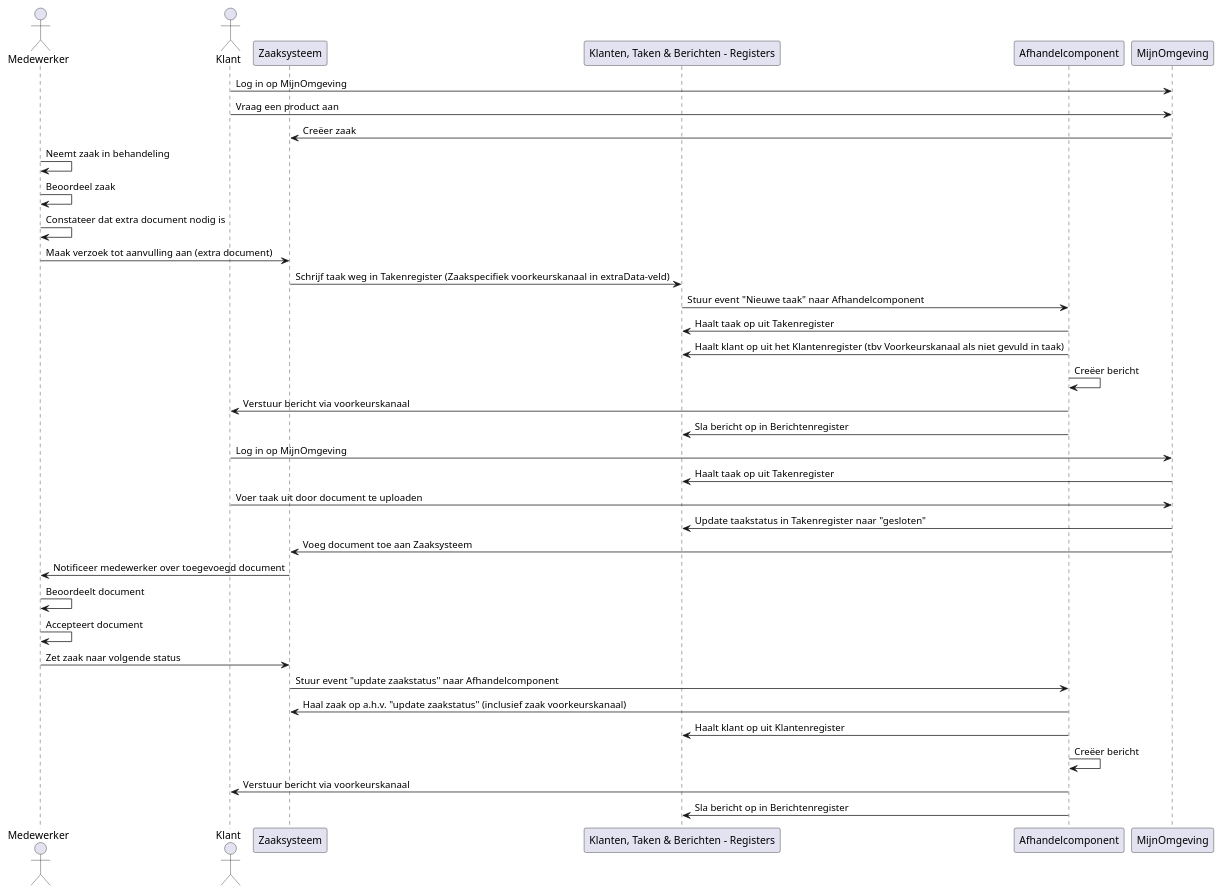
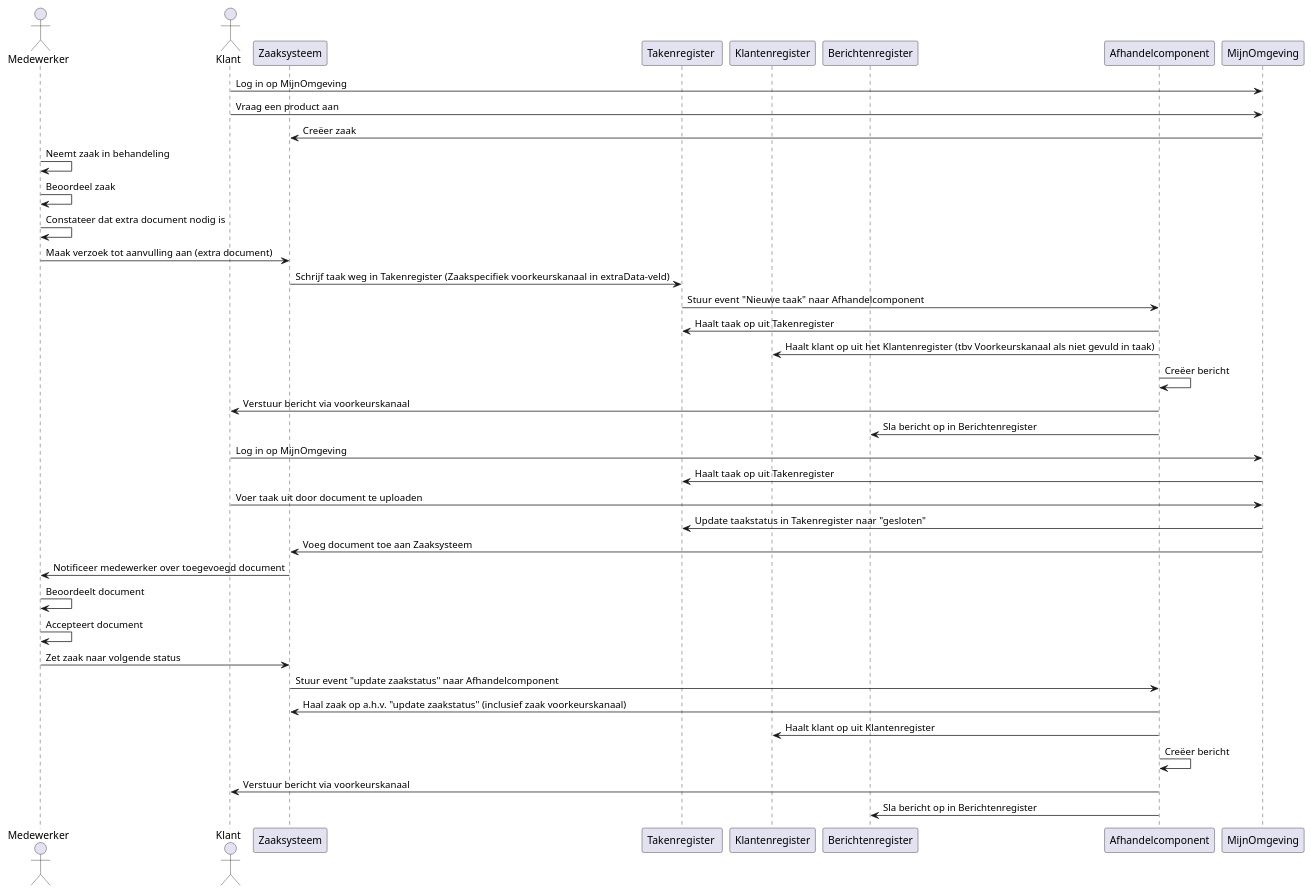
Before and after one commit to CommonGateway/CustomerInteractionBundle: the diagram in docs/taak_uitgebreid.puml, drawn with PlantUML.

Commit message:
Update taak_uitgebreid.puml
Adjusted the flow in seperate registers and not 1.

```diff
--- a/docs/taak_uitgebreid.puml
+++ b/docs/taak_uitgebreid.puml
@@ -1,42 +1,44 @@
 @startuml
 actor Medewerker
 actor Klant
 participant Zaaksysteem
-participant KTB as "Klanten, Taken & Berichten - Registers"
+participant KTB as "Takenregister "
+participant Klanten as "Klantenregister"
+participant Berichten as "Berichtenregister"
 participant "Afhandelcomponent"
 participant MijnOmgeving
 
 Klant -> MijnOmgeving: Log in op MijnOmgeving
 Klant -> MijnOmgeving: Vraag een product aan
 MijnOmgeving -> Zaaksysteem: Creëer zaak
 Medewerker -> Medewerker: Neemt zaak in behandeling
 Medewerker -> Medewerker: Beoordeel zaak
 Medewerker -> Medewerker: Constateer dat extra document nodig is
 
 Medewerker -> Zaaksysteem: Maak verzoek tot aanvulling aan (extra document)
 Zaaksysteem -> KTB: Schrijf taak weg in Takenregister (Zaakspecifiek voorkeurskanaal in extraData-veld)
 KTB -> "Afhandelcomponent": Stuur event "Nieuwe taak" naar Afhandelcomponent
 "Afhandelcomponent" -> KTB: Haalt taak op uit Takenregister 
-"Afhandelcomponent" -> KTB: Haalt klant op uit het Klantenregister (tbv Voorkeurskanaal als niet gevuld in taak)
+"Afhandelcomponent" -> Klanten: Haalt klant op uit het Klantenregister (tbv Voorkeurskanaal als niet gevuld in taak)
 "Afhandelcomponent" -> "Afhandelcomponent": Creëer bericht
 "Afhandelcomponent" -> Klant: Verstuur bericht via voorkeurskanaal
-"Afhandelcomponent" -> KTB: Sla bericht op in Berichtenregister
+"Afhandelcomponent" -> Berichten: Sla bericht op in Berichtenregister
 
 Klant -> MijnOmgeving: Log in op MijnOmgeving
 MijnOmgeving -> KTB: Haalt taak op uit Takenregister
 Klant -> MijnOmgeving: Voer taak uit door document te uploaden
 MijnOmgeving -> KTB: Update taakstatus in Takenregister naar "gesloten"
 MijnOmgeving -> Zaaksysteem: Voeg document toe aan Zaaksysteem
 
 
 Zaaksysteem -> Medewerker: Notificeer medewerker over toegevoegd document
 Medewerker -> Medewerker: Beoordeelt document
 Medewerker -> Medewerker: Accepteert document
 Medewerker -> Zaaksysteem: Zet zaak naar volgende status
 Zaaksysteem -> "Afhandelcomponent": Stuur event "update zaakstatus" naar Afhandelcomponent
 "Afhandelcomponent" -> Zaaksysteem: Haal zaak op a.h.v. "update zaakstatus" (inclusief zaak voorkeurskanaal)
-"Afhandelcomponent" -> KTB: Haalt klant op uit Klantenregister
+"Afhandelcomponent" -> Klanten: Haalt klant op uit Klantenregister
 "Afhandelcomponent" -> "Afhandelcomponent": Creëer bericht
 "Afhandelcomponent" -> Klant: Verstuur bericht via voorkeurskanaal
-"Afhandelcomponent" -> KTB: Sla bericht op in Berichtenregister
+"Afhandelcomponent" -> Berichten: Sla bericht op in Berichtenregister
 @enduml
```
